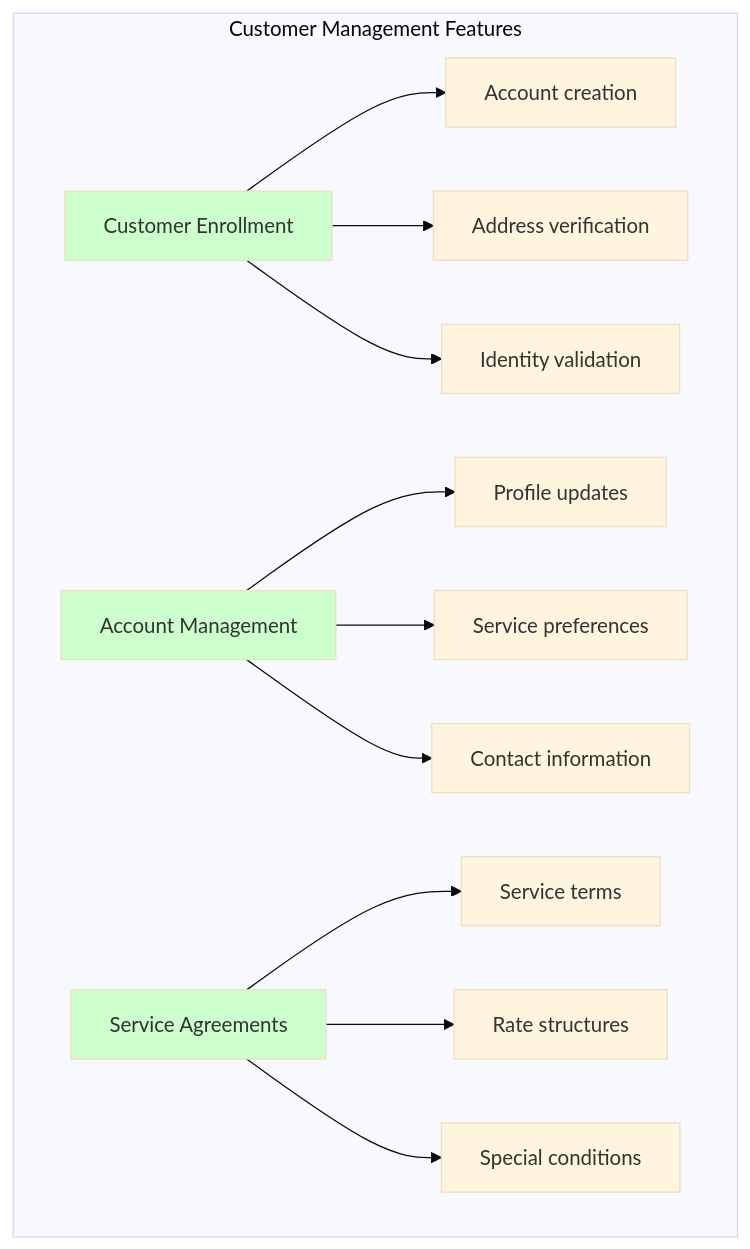
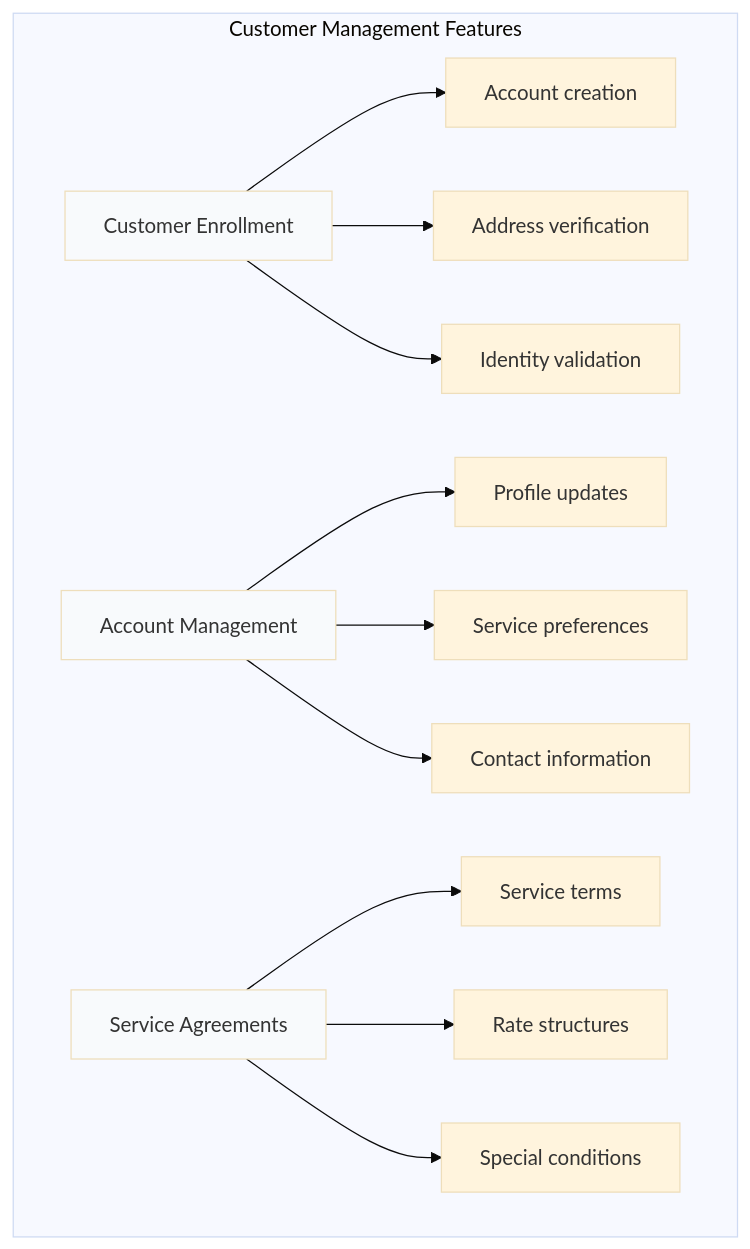
One commit to esimplicityinc/water-demo changed the fifth of 7 diagrams in docs/bdd/03-feature-index.md. Above: the diagram before and after it, drawn with Mermaid (base theme). The commit also changed other lines of this file and 39 other files, not shown here.

````diff
--- a/docs/bdd/03-feature-index.md
+++ b/docs/bdd/03-feature-index.md
@@ -150,20 +553,20 @@
 ```mermaid
 graph TD
     subgraph "Customer Management Features"
         A[Customer Enrollment] --> A1[Account creation]
         A --> A2[Address verification]
         A --> A3[Identity validation]
         
         B[Account Management] --> B1[Profile updates]
         B --> B2[Service preferences]
         B --> B3[Contact information]
         
         C[Service Agreements] --> C1[Service terms]
         C --> C2[Rate structures]
         C --> C3[Special conditions]
     end
 
-    style A fill:#ccffcc
-    style B fill:#ccffcc
-    style C fill:#ccffcc
+    style A fill:#f8fafc
+    style B fill:#f8fafc
+    style C fill:#f8fafc
 ```
````
